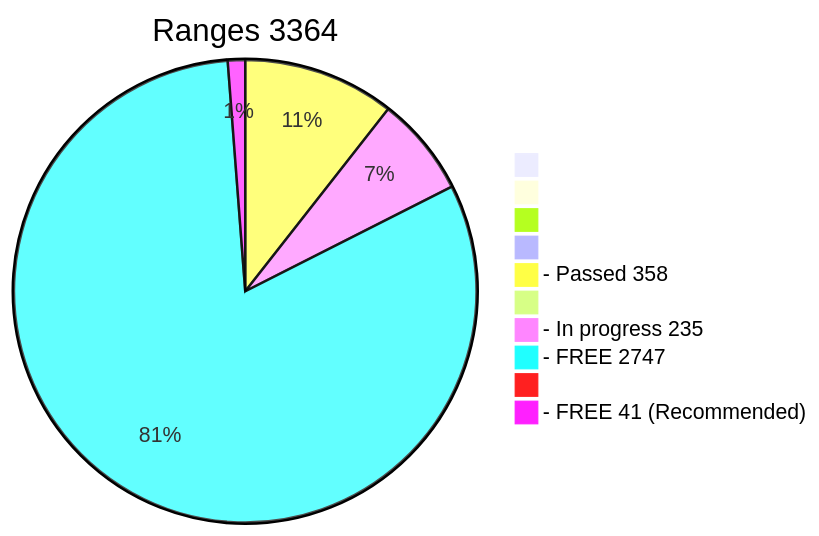
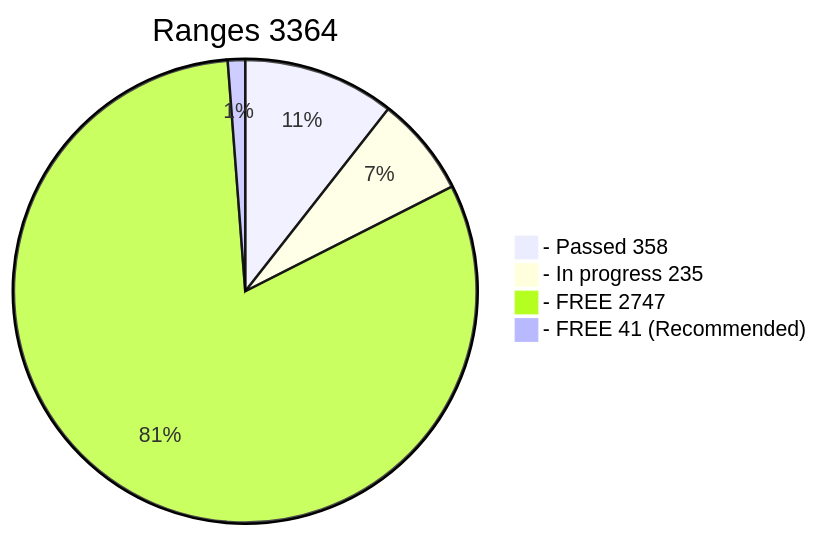
Before and after one commit to phrutis/wif500: the diagram in x64/Release/table.md, drawn with Mermaid.

````diff
--- a/x64/Release/table.md
+++ b/x64/Release/table.md
@@ -2,13 +2,7 @@
 ```mermaid
 pie title Ranges 3364
-  " " : 0
-  "  " : 0
-  "   " : 0
-  "    " : 0
   "- Passed 358" : 358
-  "     " : 0
   "- In progress 235" : 235
   "- FREE 2747" : 2747
-  "      " : 0
   "- FREE 41 (Recommended)" : 41
 ```
````
